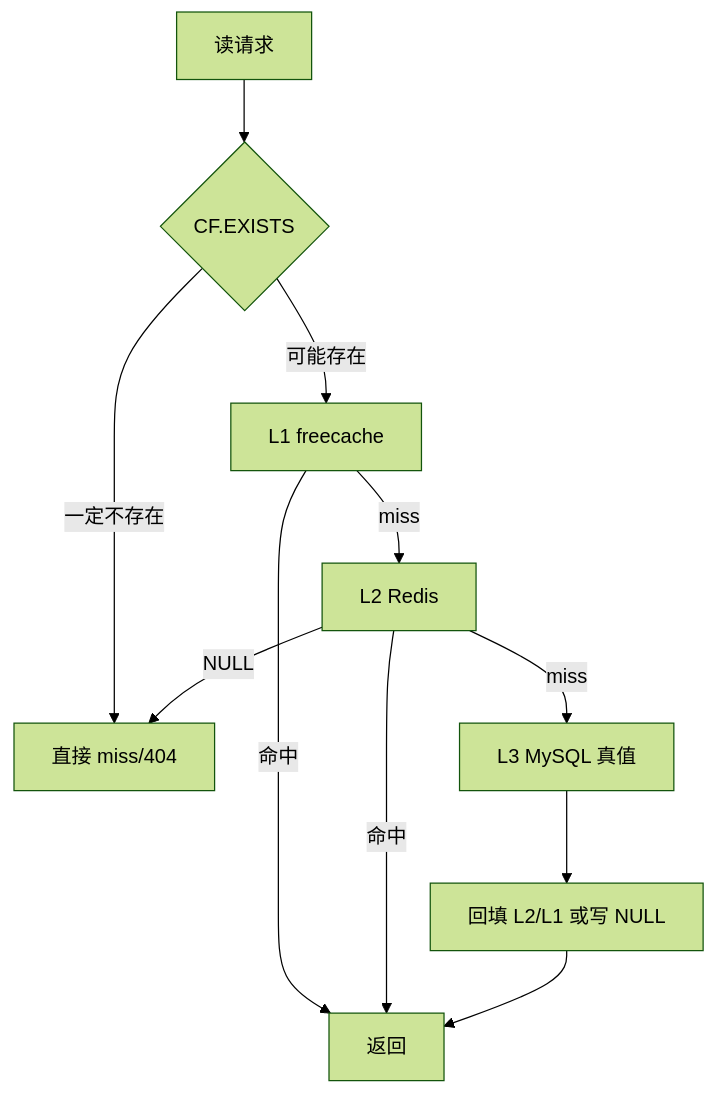
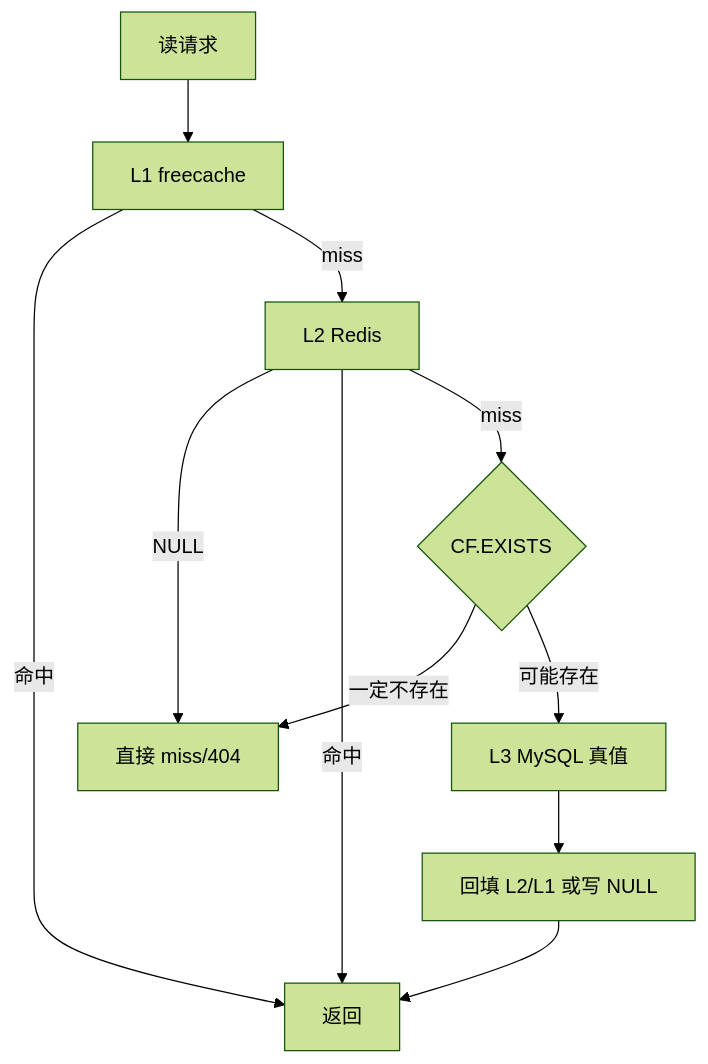
One commit to bitladykiller/zhiguang_go changed the first of 13 diagrams in docs/modules/09-热点缓存与多级缓存策略.md. Above: the diagram before and after it, drawn with Mermaid (forest theme). The commit also changed other lines of this file and 19 other files, not shown here.

````diff
--- a/docs/modules/09-热点缓存与多级缓存策略.md
+++ b/docs/modules/09-热点缓存与多级缓存策略.md
@@ -54,13 +54,13 @@
 ```mermaid
 flowchart TD
-    A[读请求] --> B{CF.EXISTS}
-    B -->|一定不存在| Z[直接 miss/404]
-    B -->|可能存在| C[L1 freecache]
+    A[读请求] --> C[L1 freecache]
     C -->|命中| R[返回]
     C -->|miss| D[L2 Redis]
-    D -->|NULL| Z
+    D -->|NULL| Z[直接 miss/404]
     D -->|命中| R
-    D -->|miss| E[L3 MySQL 真值]
+    D -->|miss| B{CF.EXISTS}
+    B -->|一定不存在| Z
+    B -->|可能存在| E[L3 MySQL 真值]
     E --> F[回填 L2/L1 或写 NULL]
     F --> R
 ```
````
